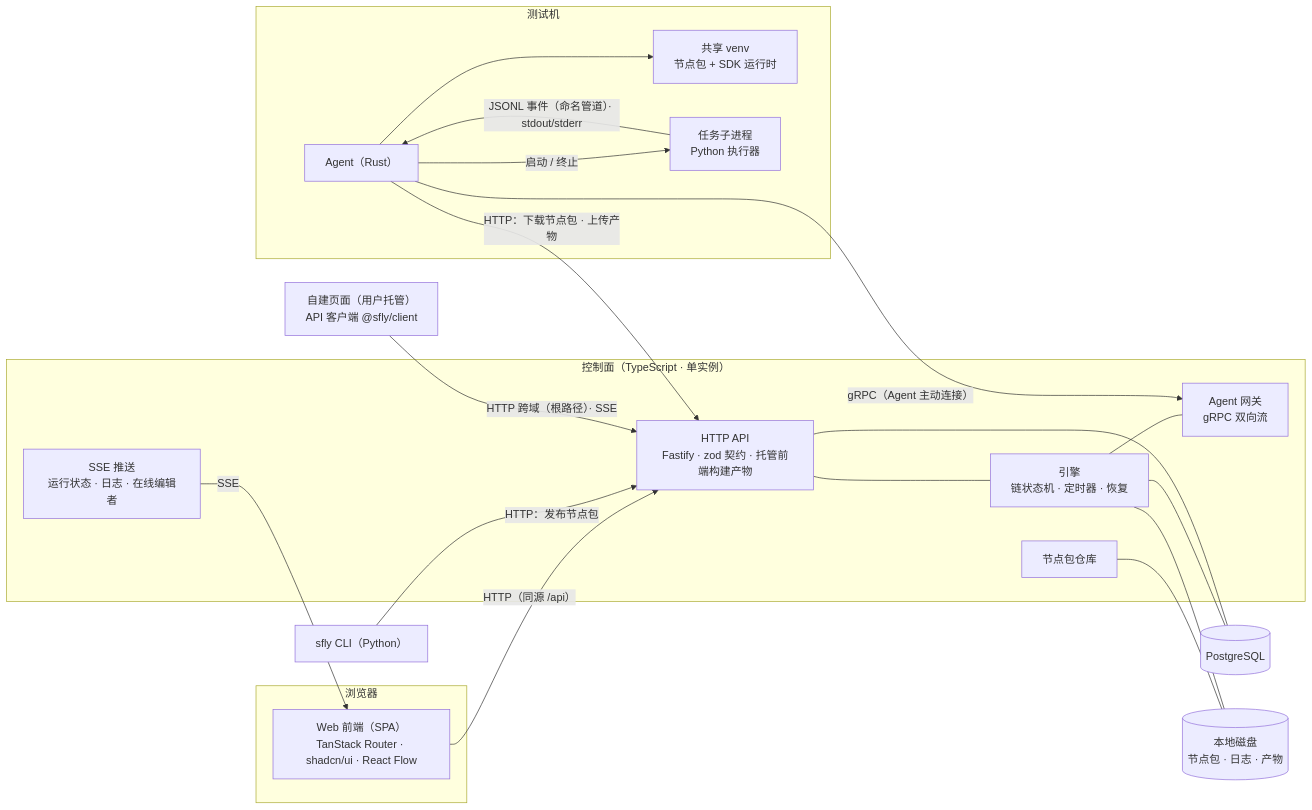
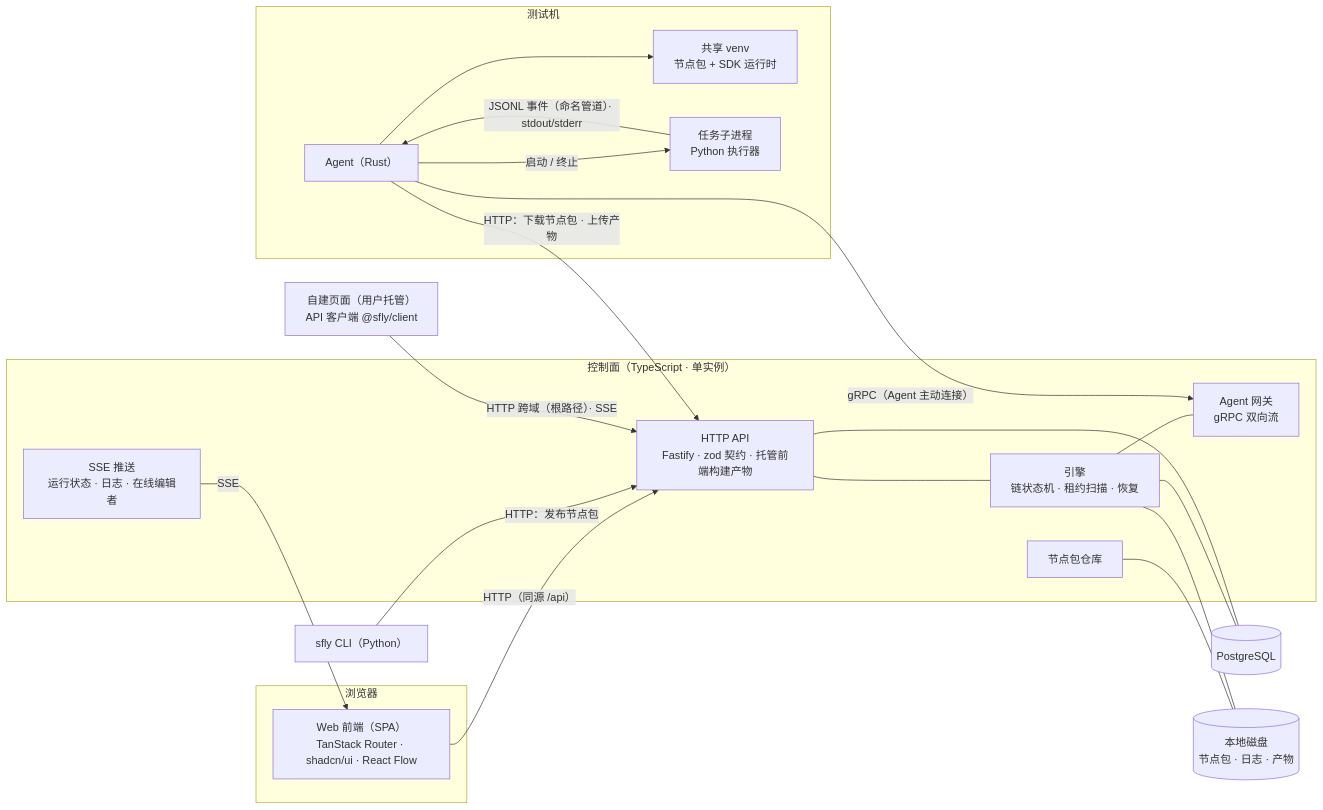
The first of 2 diagrams in docs/ARCHITECTURE.md (x7yue/sfly), drawn with Mermaid before and after one commit. The commit also changed other lines of this file and 124 other files, not shown here.

````diff
--- a/docs/ARCHITECTURE.md
+++ b/docs/ARCHITECTURE.md
@@ -37,38 +37,38 @@
 ```mermaid
 flowchart LR
   subgraph Browser["浏览器"]
     WEB["Web 前端（SPA）<br/>TanStack Router · shadcn/ui · React Flow"]
   end
   subgraph CP["控制面（TypeScript · 单实例）"]
     API["HTTP API<br/>Fastify · zod 契约 · 托管前端构建产物"]
     SSE["SSE 推送<br/>运行状态 · 日志 · 在线编辑者"]
-    ENG["引擎<br/>链状态机 · 定时器 · 恢复"]
+    ENG["引擎<br/>链状态机 · 租约扫描 · 恢复"]
     GW["Agent 网关<br/>gRPC 双向流"]
     REPO["节点包仓库"]
   end
   PG[("PostgreSQL")]
   DISK[("本地磁盘<br/>节点包 · 日志 · 产物")]
   subgraph Host["测试机"]
     AG["Agent（Rust）"]
     VENV["共享 venv<br/>节点包 + SDK 运行时"]
     PROC["任务子进程<br/>Python 执行器"]
   end
   CLI["sfly CLI（Python）"]
   PAGE["自建页面（用户托管）<br/>API 客户端 @sfly/client"]
 
   WEB -- "HTTP（同源 /api）" --> API
   SSE -- SSE --> WEB
   API --- ENG
   ENG --- GW
   ENG --- PG
   API --- PG
   REPO --- DISK
   ENG --- DISK
   AG -- "gRPC（Agent 主动连接）" --> GW
   AG -- "HTTP：下载节点包 · 上传产物" --> API
   AG --> VENV
   AG -- "启动 / 终止" --> PROC
   PROC -- "JSONL 事件（命名管道）· stdout/stderr" --> AG
   CLI -- "HTTP：发布节点包" --> API
   PAGE -- "HTTP 跨域（根路径）· SSE" --> API
 ```
````
